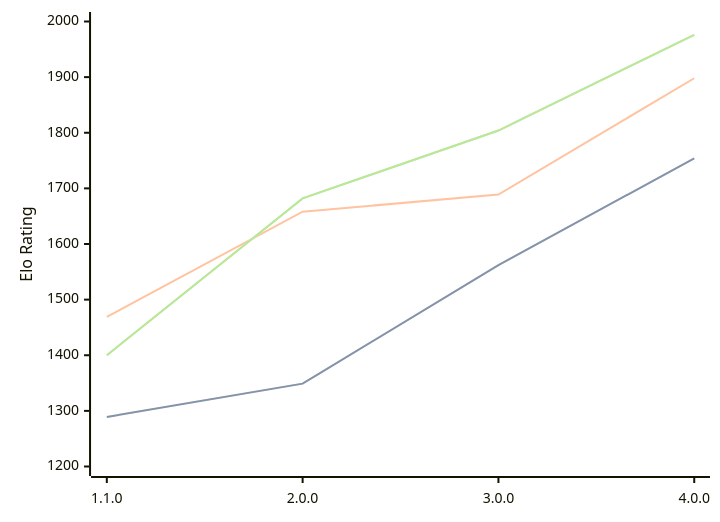
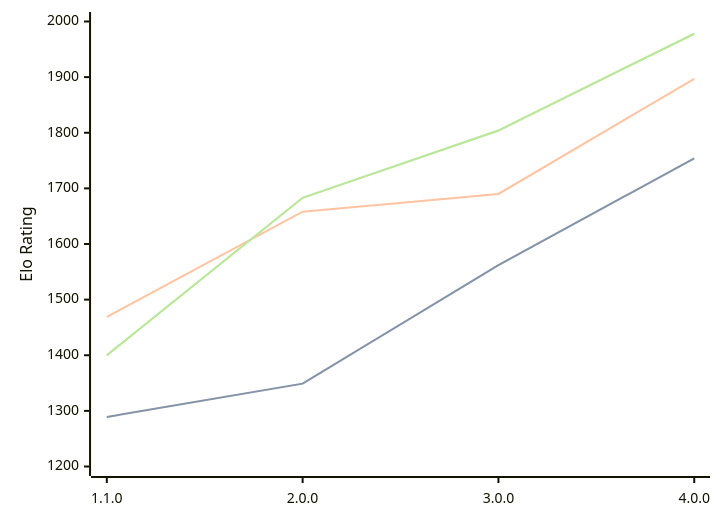
The first of 3 diagrams in engines/Laura.md (computer-chess-index/cci), drawn with Mermaid before and after one commit. The commit also changed other lines of this file, not shown here.

Commit message:
Update CCI Ratings (ELO VLTC) - 2026-07-14

````diff
--- a/engines/Laura.md
+++ b/engines/Laura.md
@@ -35,11 +35,11 @@
 ```mermaid
 %%{init: {"theme":"base","themeVariables":{"seriesColors:['#a3a3a3','#222221','#faa371']}}}%%
 xychart-beta
   x-axis ["1.1.0", "2.0.0", "3.0.0", "4.0.0"]
   y-axis "Elo Rating" 1200 --> 2000
   line "STC (8.0+0.08s)" [1289, 1349, 1562, 1754]
   line "STC (8.0+0.08s)" [1289, 1349, 1562, 1754]
-  line "LTC (60.0+0.60s)" [1469, 1658, 1689, 1898]
-  line "VLTC (2m24s+1.12s)" [1400, 1682, 1804, 1976]
-  line "VLTC (2m24s+1.12s)" [1400, 1682, 1804, 1976]
+  line "LTC (60.0+0.60s)" [1469, 1658, 1690, 1897]
+  line "VLTC (2m24s+1.12s)" [1400, 1683, 1804, 1978]
+  line "VLTC (2m24s+1.12s)" [1400, 1683, 1804, 1978]
 ```
````
